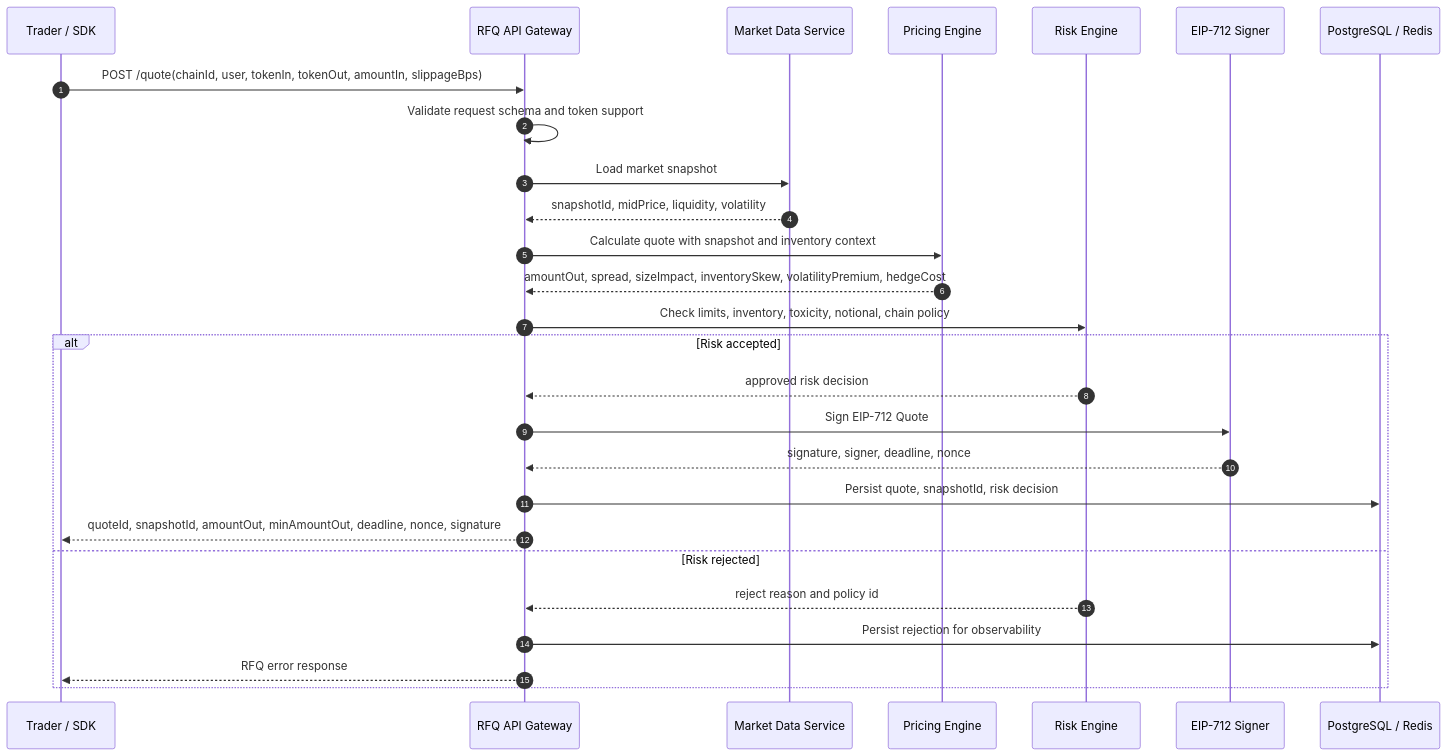
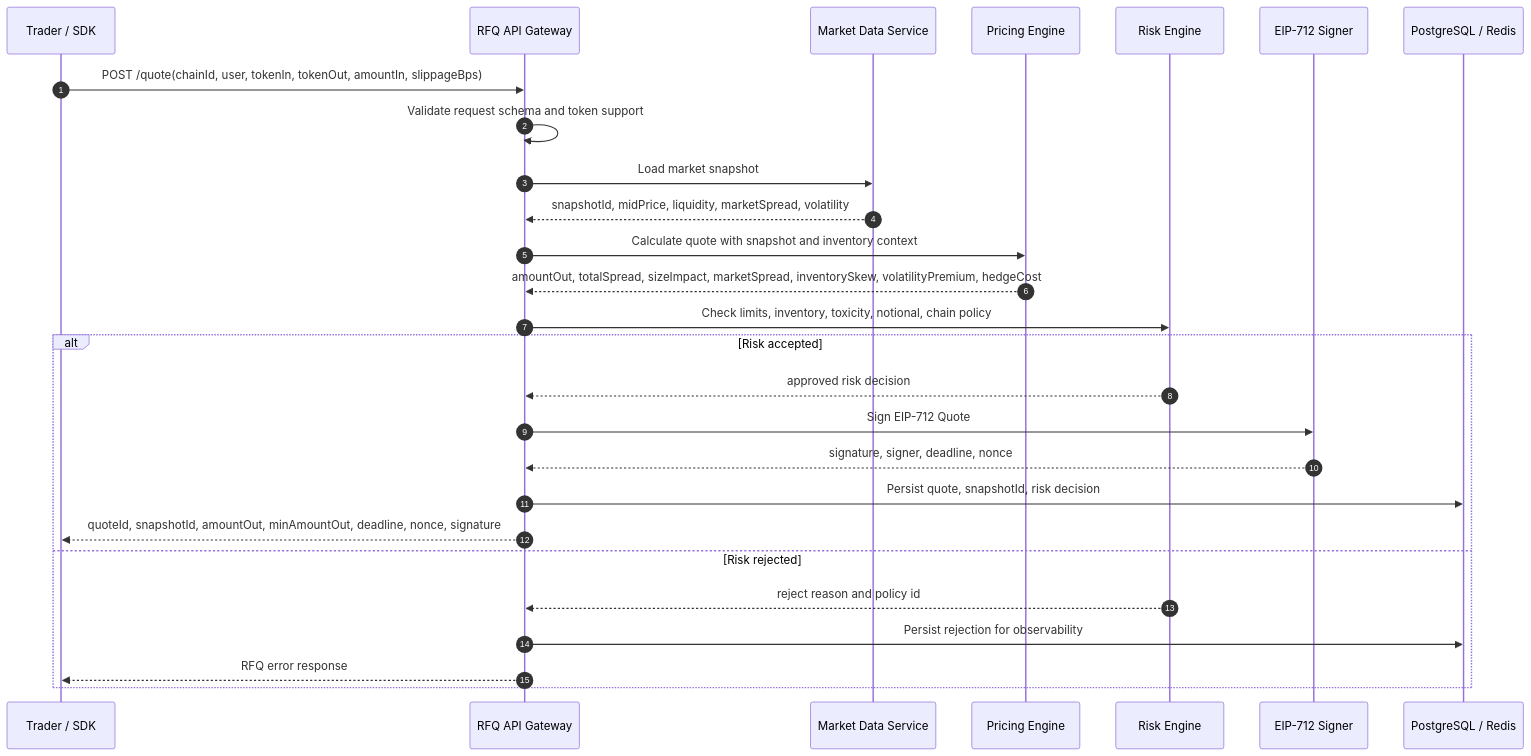
One commit to alvis-ai/production-grade-web3-rfq-market-maker changed the diagram in docs/diagrams/quote-sequence.md. Above: the diagram before and after it, drawn with Mermaid. The commit also changed 78 other files, not shown here.

Commit message:
feat: price executable market spread

````diff
--- a/docs/diagrams/quote-sequence.md
+++ b/docs/diagrams/quote-sequence.md
@@ -5,30 +5,30 @@
 ```mermaid
 sequenceDiagram
   autonumber
   participant User as Trader / SDK
   participant API as RFQ API Gateway
   participant MD as Market Data Service
   participant Pricing as Pricing Engine
   participant Risk as Risk Engine
   participant Signer as EIP-712 Signer
   participant Store as PostgreSQL / Redis
 
   User->>API: POST /quote(chainId, user, tokenIn, tokenOut, amountIn, slippageBps)
   API->>API: Validate request schema and token support
   API->>MD: Load market snapshot
-  MD-->>API: snapshotId, midPrice, liquidity, volatility
+  MD-->>API: snapshotId, midPrice, liquidity, marketSpread, volatility
   API->>Pricing: Calculate quote with snapshot and inventory context
-  Pricing-->>API: amountOut, spread, sizeImpact, inventorySkew, volatilityPremium, hedgeCost
+  Pricing-->>API: amountOut, totalSpread, sizeImpact, marketSpread, inventorySkew, volatilityPremium, hedgeCost
   API->>Risk: Check limits, inventory, toxicity, notional, chain policy
   alt Risk accepted
     Risk-->>API: approved risk decision
     API->>Signer: Sign EIP-712 Quote
     Signer-->>API: signature, signer, deadline, nonce
     API->>Store: Persist quote, snapshotId, risk decision
     API-->>User: quoteId, snapshotId, amountOut, minAmountOut, deadline, nonce, signature
   else Risk rejected
     Risk-->>API: reject reason and policy id
     API->>Store: Persist rejection for observability
     API-->>User: RFQ error response
   end
 ```
````
